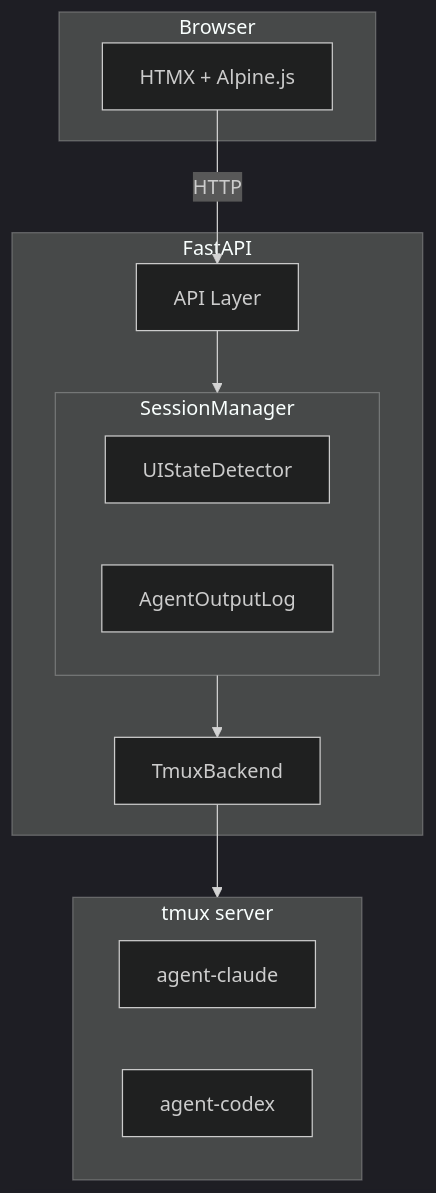
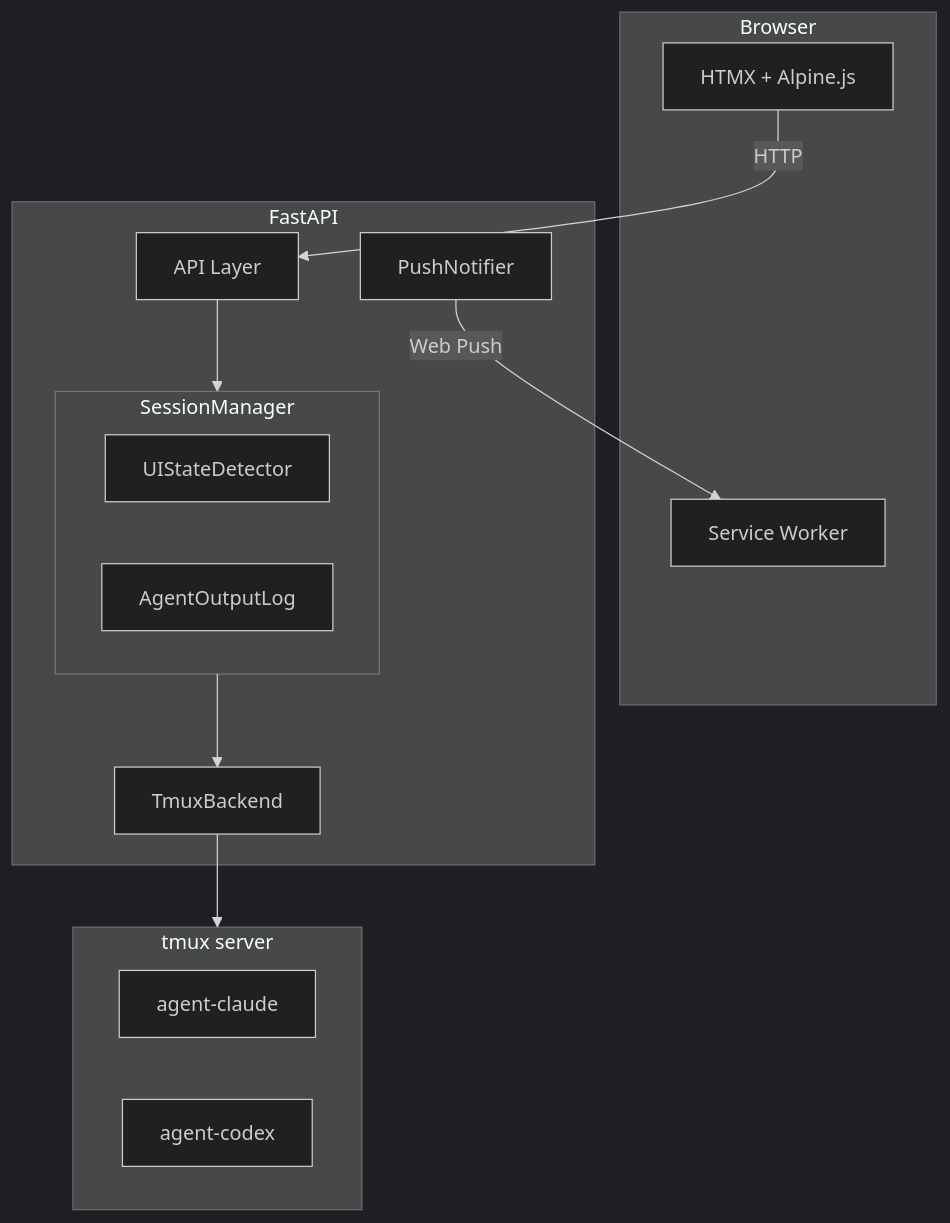
One commit to vino9net/agentdeck changed the first of 7 diagrams in docs/architecture.md. Above: the diagram before and after it, drawn with Mermaid (dark theme). The commit also changed other lines of this file and 23 other files, not shown here.

````diff
--- a/docs/architecture.md
+++ b/docs/architecture.md
@@ -10,25 +10,28 @@
 ```mermaid
 graph TD
     subgraph Browser
         HTMX["HTMX + Alpine.js"]
+        SW["Service Worker"]
     end
 
     subgraph Server ["FastAPI"]
         API["API Layer"]
         subgraph SM ["SessionManager"]
             Detector["UIStateDetector"]
             Log["AgentOutputLog"]
         end
         TB["TmuxBackend"]
+        Push["PushNotifier"]
     end
 
     subgraph tmux ["tmux server"]
         S1["agent-claude"]
         S2["agent-codex"]
     end
 
     HTMX -- "HTTP" --> API
     API --> SM
     SM --> TB
     TB --> tmux
+    Push -- "Web Push" --> SW
 ```
````
